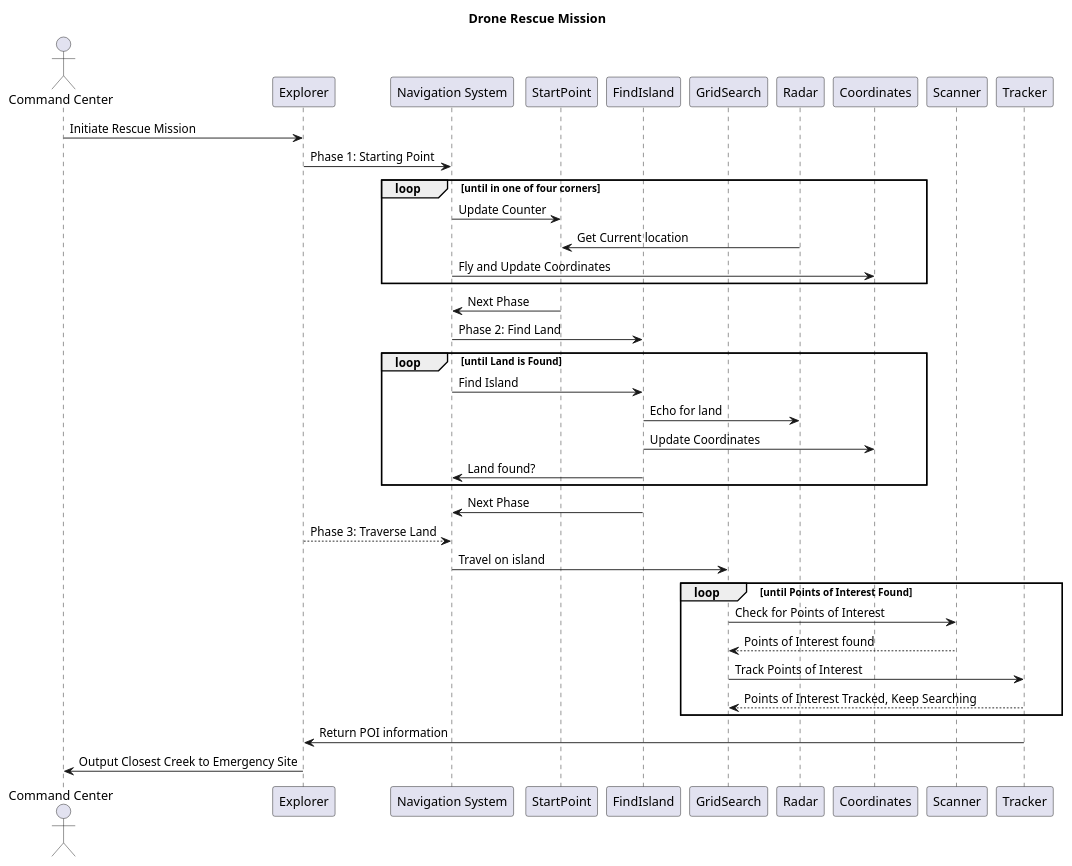
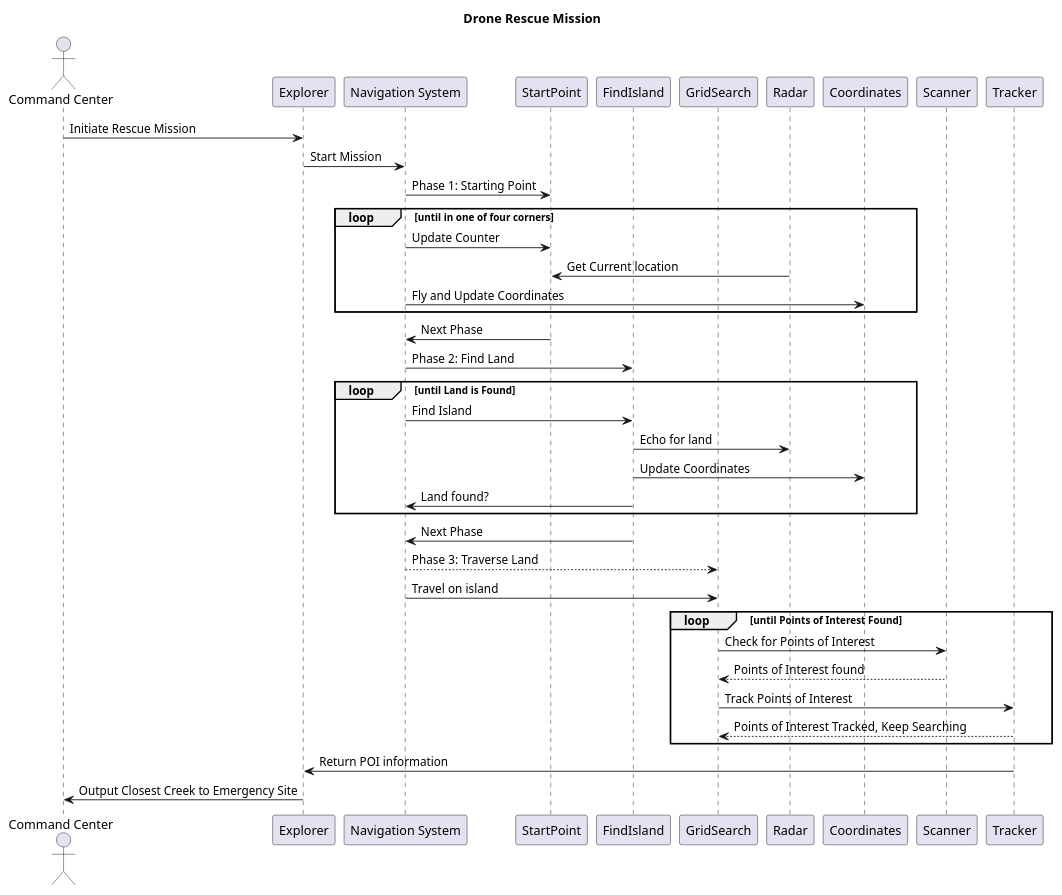
Before and after one commit to 2AA4-W24/a2-rescue-mission-team-120: the diagram in UML Diagrams/SquenceUml.plantuml, drawn with PlantUML. The commit also changed 4 other files, not shown here.

```diff
--- a/UML Diagrams/SquenceUml.plantuml
+++ b/UML Diagrams/SquenceUml.plantuml
@@ -1,42 +1,43 @@
 @startuml
 title Drone Rescue Mission
 
 actor CommandCenter as "Command Center"
 participant Explorer as "Explorer"
 participant NavigationSystem as "Navigation System"
 participant StartPoint as "StartPoint"
 participant FindIsland as "FindIsland"
 participant GridSearch as "GridSearch"
 participant Radar as "Radar"
 participant Coordinates as "Coordinates"
 participant Scanner as "Scanner"
 participant Tracker as "Tracker"
 
 
 CommandCenter -> Explorer: Initiate Rescue Mission
-Explorer -> NavigationSystem: Phase 1: Starting Point
+Explorer -> NavigationSystem: Start Mission
+NavigationSystem -> StartPoint: Phase 1: Starting Point
 loop until in one of four corners
     NavigationSystem -> StartPoint: Update Counter
     Radar -> StartPoint: Get Current location
     NavigationSystem -> Coordinates: Fly and Update Coordinates
 end
 StartPoint -> NavigationSystem: Next Phase 
 NavigationSystem-> FindIsland: Phase 2: Find Land
 loop until Land is Found
     NavigationSystem -> FindIsland: Find Island
     FindIsland -> Radar: Echo for land
     FindIsland-> Coordinates: Update Coordinates
     FindIsland -> NavigationSystem: Land found?
 end
 FindIsland -> NavigationSystem: Next Phase
-Explorer --> NavigationSystem: Phase 3: Traverse Land
+NavigationSystem --> GridSearch: Phase 3: Traverse Land
 NavigationSystem -> GridSearch: Travel on island
 loop until Points of Interest Found
     GridSearch -> Scanner: Check for Points of Interest
     Scanner --> GridSearch : Points of Interest found
     GridSearch  -> Tracker: Track Points of Interest
     Tracker --> GridSearch: Points of Interest Tracked, Keep Searching
 end
 Tracker -> Explorer: Return POI information 
 Explorer -> CommandCenter: Output Closest Creek to Emergency Site
 @enduml
```
